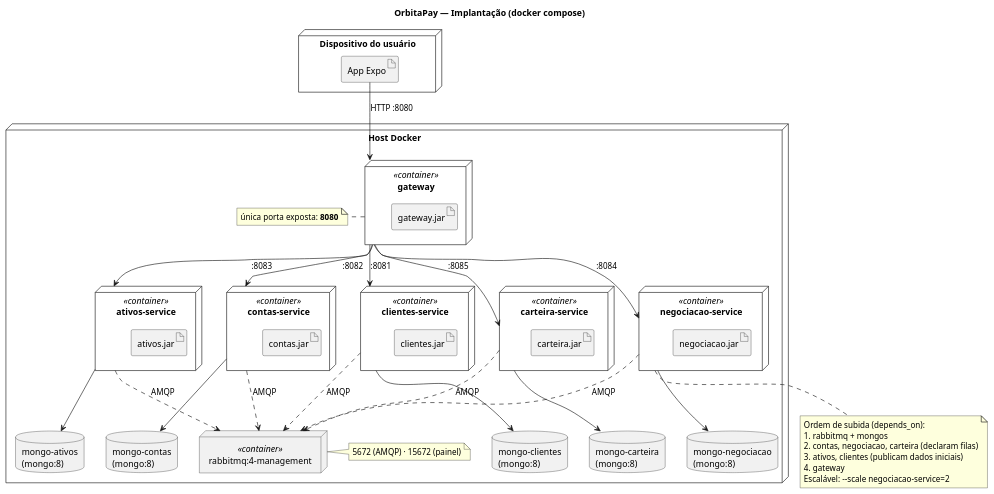
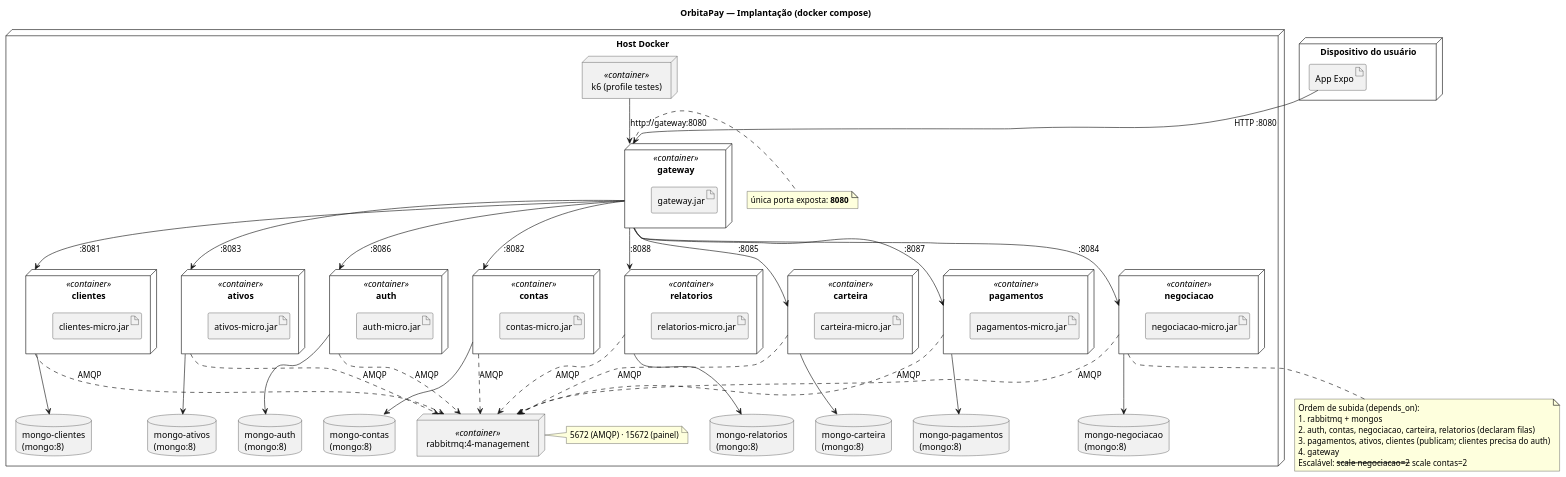
Before and after one commit to Endrigogustavo/OrbitaPay: the diagram in docs/plantuml/03-implantacao.puml, drawn with PlantUML. The commit also changed 757 other files, not shown here.

```diff
--- a/docs/plantuml/03-implantacao.puml
+++ b/docs/plantuml/03-implantacao.puml
@@ -1,70 +1,94 @@
 @startuml 03-implantacao
 title OrbitaPay — Implantação (docker compose)
 
 skinparam shadowing false
 skinparam defaultFontName "Segoe UI"
 
 node "Dispositivo do usuário" {
   artifact "App Expo" as app
 }
 
 node "Host Docker" {
   node "gateway" as gw <<container>> {
     artifact "gateway.jar"
   }
   note right of gw : única porta exposta: **8080**
 
   node "rabbitmq:4-management" as mq <<container>>
   note right of mq : 5672 (AMQP) · 15672 (painel)
 
-  node "clientes-service" as cli <<container>> {
-    artifact "clientes.jar"
+  node "auth" as aut <<container>> {
+    artifact "auth-micro.jar"
   }
-  node "contas-service" as con <<container>> {
-    artifact "contas.jar"
+  node "clientes" as cli <<container>> {
+    artifact "clientes-micro.jar"
   }
-  node "ativos-service" as atv <<container>> {
-    artifact "ativos.jar"
+  node "contas" as con <<container>> {
+    artifact "contas-micro.jar"
   }
-  node "negociacao-service" as neg <<container>> {
-    artifact "negociacao.jar"
+  node "ativos" as atv <<container>> {
+    artifact "ativos-micro.jar"
   }
-  node "carteira-service" as car <<container>> {
-    artifact "carteira.jar"
+  node "negociacao" as neg <<container>> {
+    artifact "negociacao-micro.jar"
+  }
+  node "carteira" as car <<container>> {
+    artifact "carteira-micro.jar"
+  }
+  node "pagamentos" as pag <<container>> {
+    artifact "pagamentos-micro.jar"
+  }
+  node "relatorios" as rel <<container>> {
+    artifact "relatorios-micro.jar"
   }
 
+  database "mongo-auth\n(mongo:8)" as m0
   database "mongo-clientes\n(mongo:8)" as m1
   database "mongo-contas\n(mongo:8)" as m2
   database "mongo-ativos\n(mongo:8)" as m3
   database "mongo-negociacao\n(mongo:8)" as m4
   database "mongo-carteira\n(mongo:8)" as m5
+  database "mongo-pagamentos\n(mongo:8)" as m6
+  database "mongo-relatorios\n(mongo:8)" as m7
+
+  node "k6 (profile testes)" as k6 <<container>>
 }
 
 app --> gw : HTTP :8080
+k6 --> gw : http://gateway:8080
+gw --> aut : :8086
 gw --> cli : :8081
 gw --> con : :8082
 gw --> atv : :8083
 gw --> neg : :8084
 gw --> car : :8085
+gw --> pag : :8087
+gw --> rel : :8088
 
+aut --> m0
 cli --> m1
 con --> m2
 atv --> m3
 neg --> m4
 car --> m5
+pag --> m6
+rel --> m7
 
+aut ..> mq : AMQP
 cli ..> mq : AMQP
 con ..> mq : AMQP
 atv ..> mq : AMQP
 neg ..> mq : AMQP
 car ..> mq : AMQP
+pag ..> mq : AMQP
+rel ..> mq : AMQP
 
 note bottom of neg
   Ordem de subida (depends_on):
   1. rabbitmq + mongos
-  2. contas, negociacao, carteira (declaram filas)
-  3. ativos, clientes (publicam dados iniciais)
+  2. auth, contas, negociacao, carteira, relatorios (declaram filas)
+  3. pagamentos, ativos, clientes (publicam; clientes precisa do auth)
   4. gateway
-  Escalável: --scale negociacao-service=2
+  Escalável: --scale negociacao=2 --scale contas=2
 end note
 @enduml
```
